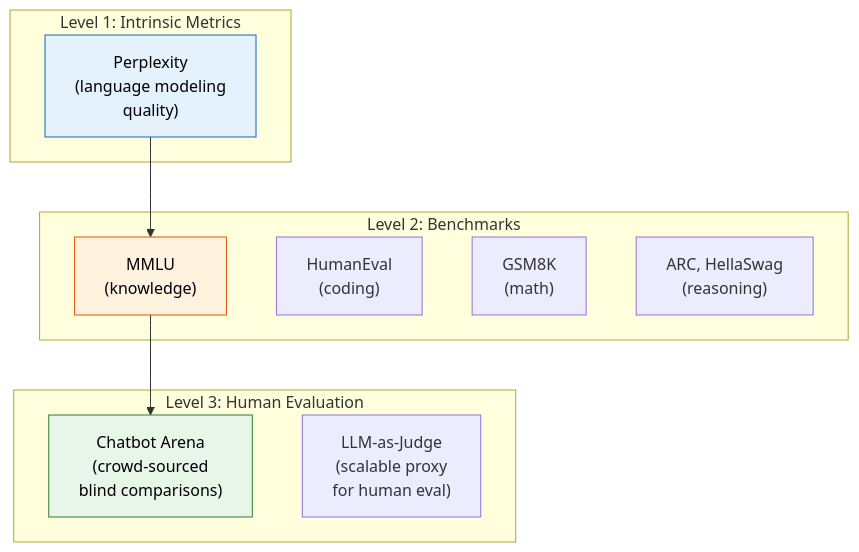
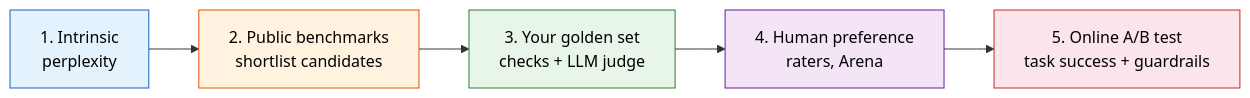
One commit to Hmago/ml4 changed diagram 23 of 26 in content/34b_google_top10_ml_interview_part2.md. Above: the diagram before and after it, drawn with Mermaid. The commit also changed other lines of this file and 59 other files, not shown here.

````diff
--- a/content/34b_google_top10_ml_interview_part2.md
+++ b/content/34b_google_top10_ml_interview_part2.md
@@ -1700,25 +2767,13 @@
 ```mermaid
-graph TD
-    subgraph "Level 1: Intrinsic Metrics"
-        PP["Perplexity<br/>(language modeling<br/>quality)"]
-    end
+graph LR
+    L1["1. Intrinsic<br/>perplexity"] --> L2["2. Public benchmarks<br/>shortlist candidates"]
+    L2 --> L3["3. Your golden set<br/>checks + LLM judge"]
+    L3 --> L4["4. Human preference<br/>raters, Arena"]
+    L4 --> L5["5. Online A/B test<br/>task success + guardrails"]
 
-    subgraph "Level 2: Benchmarks"
-        MMLU["MMLU<br/>(knowledge)"]
-        HEVAL["HumanEval<br/>(coding)"]
-        GSM["GSM8K<br/>(math)"]
-        MGSM["ARC, HellaSwag<br/>(reasoning)"]
-    end
-
-    subgraph "Level 3: Human Evaluation"
-        ARENA["Chatbot Arena<br/>(crowd-sourced<br/>blind comparisons)"]
-        JUDGE["LLM-as-Judge<br/>(scalable proxy<br/>for human eval)"]
-    end
-
-    PP --> MMLU
-    MMLU --> ARENA
-
-    style PP fill:#e3f2fd,stroke:#1565c0,color:#000
-    style MMLU fill:#fff3e0,stroke:#e65100,color:#000
-    style ARENA fill:#e8f5e9,stroke:#2e7d32,color:#000
+    style L1 fill:#e3f2fd,stroke:#1565c0,color:#000
+    style L2 fill:#fff3e0,stroke:#e65100,color:#000
+    style L3 fill:#e8f5e9,stroke:#2e7d32,color:#000
+    style L4 fill:#f3e5f5,stroke:#6a1b9a,color:#000
+    style L5 fill:#fce4ec,stroke:#c62828,color:#000
 ```
````
